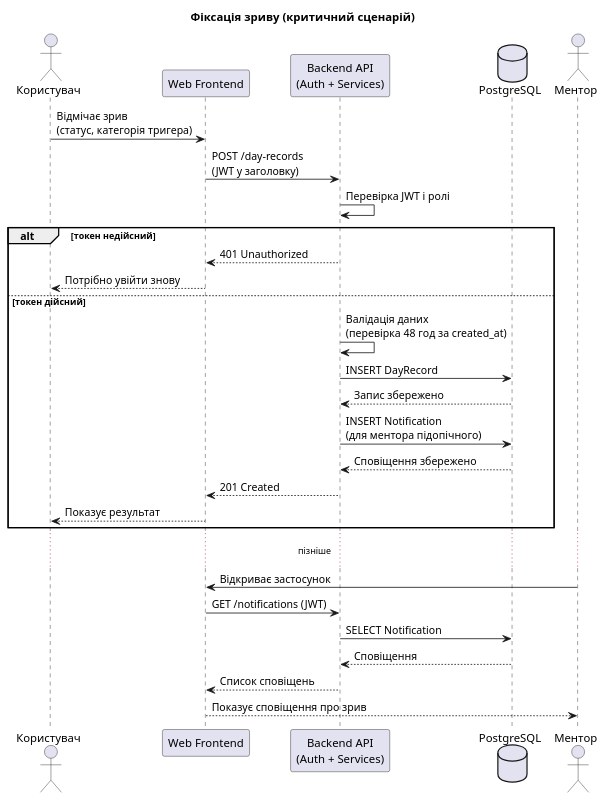
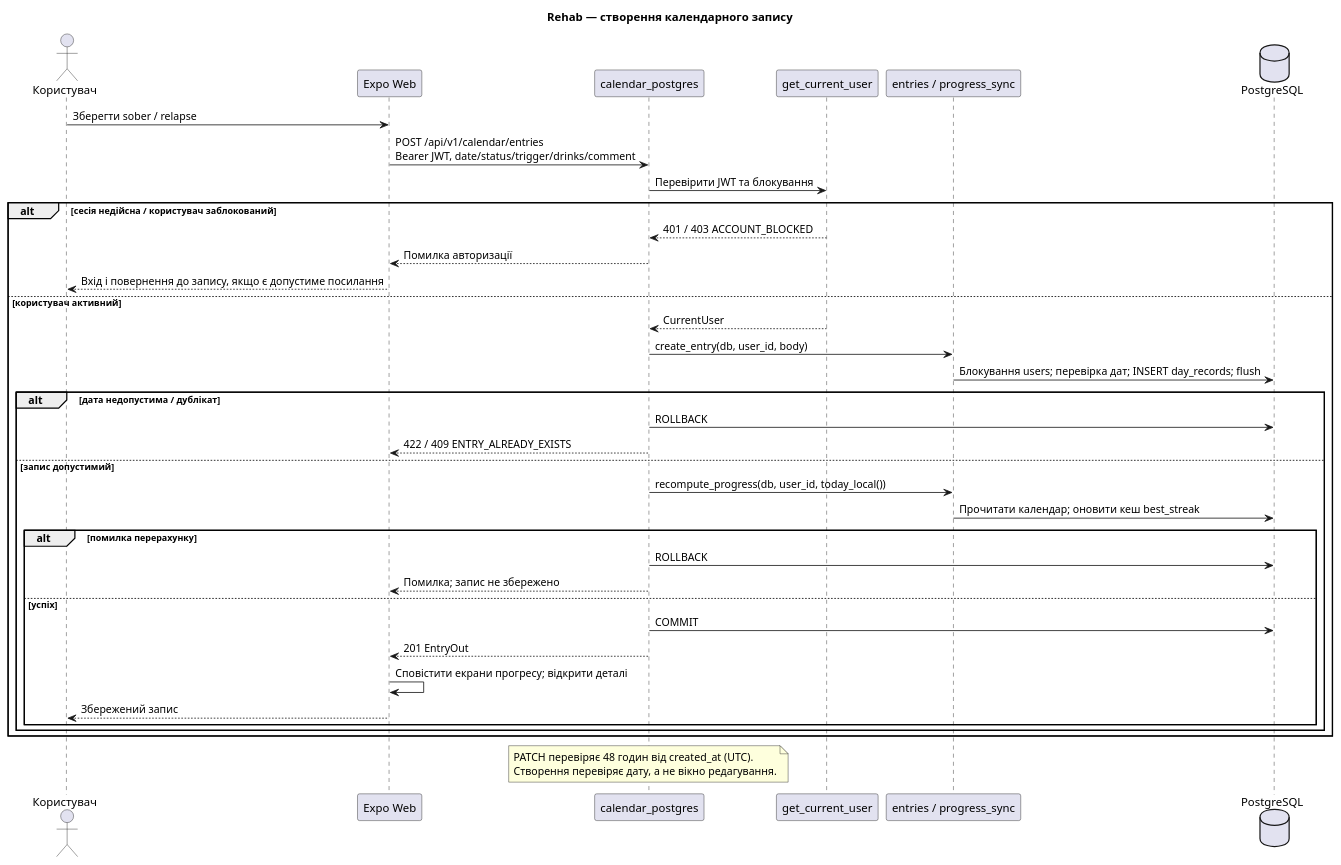
The diagram in docs/architecture/uml/sequence-diagram.puml (ukma-fin-ssdm-2026/Rehab), drawn with PlantUML before and after one commit. The commit also changed 23 other files, not shown here.

```diff
--- a/docs/architecture/uml/sequence-diagram.puml
+++ b/docs/architecture/uml/sequence-diagram.puml
@@ -1,34 +1,41 @@
 @startuml
-title Фіксація зриву (критичний сценарій)
-
+title Rehab — створення календарного запису
 actor "Користувач" as User
-participant "Web Frontend" as Front
-participant "Backend API\n(Auth + Services)" as Back
+participant "Expo Web" as Front
+participant "calendar_postgres" as API
+participant "get_current_user" as Auth
+participant "entries / progress_sync" as Service
 database "PostgreSQL" as DB
-actor "Ментор" as Mentor
-
-User -> Front : Відмічає зрив\n(статус, категорія тригера)
-Front -> Back : POST /day-records\n(JWT у заголовку)
-Back -> Back : Перевірка JWT і ролі
-
-alt токен недійсний
-  Back --> Front : 401 Unauthorized
-  Front --> User : Потрібно увійти знову
-else токен дійсний
-  Back -> Back : Валідація даних\n(перевірка 48 год за created_at)
-  Back -> DB : INSERT DayRecord
-  DB --> Back : Запис збережено
-  Back -> DB : INSERT Notification\n(для ментора підопічного)
-  DB --> Back : Сповіщення збережено
-  Back --> Front : 201 Created
-  Front --> User : Показує результат
+User -> Front : Зберегти sober / relapse
+Front -> API : POST /api/v1/calendar/entries\nBearer JWT, date/status/trigger/drinks/comment
+API -> Auth : Перевірити JWT та блокування
+alt сесія недійсна / користувач заблокований
+ Auth --> API : 401 / 403 ACCOUNT_BLOCKED
+ API --> Front : Помилка авторизації
+ Front --> User : Вхід і повернення до запису, якщо є допустиме посилання
+else користувач активний
+ Auth --> API : CurrentUser
+ API -> Service : create_entry(db, user_id, body)
+ Service -> DB : Блокування users; перевірка дат; INSERT day_records; flush
+ alt дата недопустима / дублікат
+  API -> DB : ROLLBACK
+  API --> Front : 422 / 409 ENTRY_ALREADY_EXISTS
+ else запис допустимий
+  API -> Service : recompute_progress(db, user_id, today_local())
+  Service -> DB : Прочитати календар; оновити кеш best_streak
+  alt помилка перерахунку
+   API -> DB : ROLLBACK
+   API --> Front : Помилка; запис не збережено
+  else успіх
+   API -> DB : COMMIT
+   API --> Front : 201 EntryOut
+   Front -> Front : Сповістити екрани прогресу; відкрити деталі
+   Front --> User : Збережений запис
+  end
+ end
 end
-
-... пізніше ...
-Mentor -> Front : Відкриває застосунок
-Front -> Back : GET /notifications (JWT)
-Back -> DB : SELECT Notification
-DB --> Back : Сповіщення
-Back --> Front : Список сповіщень
-Front --> Mentor : Показує сповіщення про зрив
+note over API
+  PATCH перевіряє 48 годин від created_at (UTC).
+  Створення перевіряє дату, а не вікно редагування.
+end note
 @enduml
```
